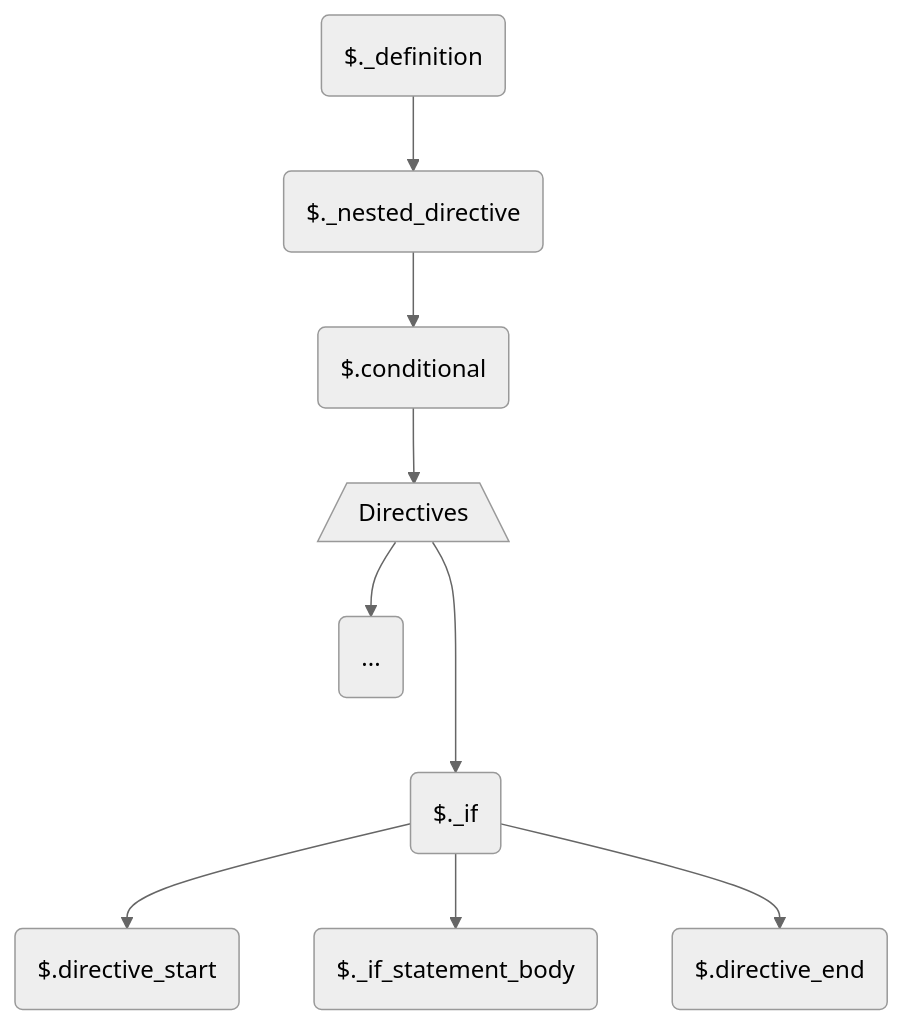
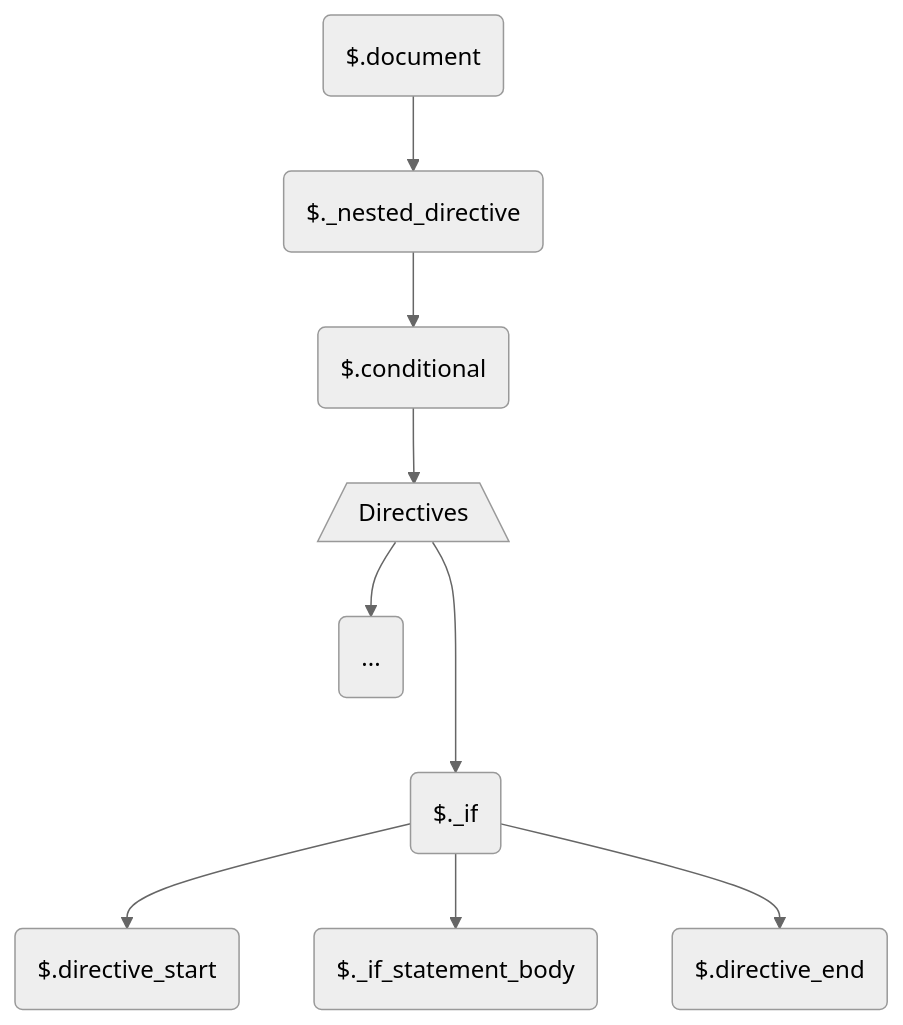
One commit to EmranMR/tree-sitter-blade changed the diagram in CONTRIBUTING.md. Above: the diagram before and after it, drawn with Mermaid (neutral theme). The commit also changed other lines of this file and 3 other files, not shown here.

````diff
--- a/CONTRIBUTING.md
+++ b/CONTRIBUTING.md
@@ -134,10 +164,8 @@
 ```mermaid
 graph TD;
-    A($._definition)-->B($._nested_directive)-->C($.conditional)-->D[/Directives\];
+    A($.document)-->B($._nested_directive)-->C($.conditional)-->D[/Directives\];
     D---> E($._if);
     D--> G(...);
 
     E --> H($.directive_start) & I($._if_statement_body) & J($.directive_end)
-
-
 ```
````
